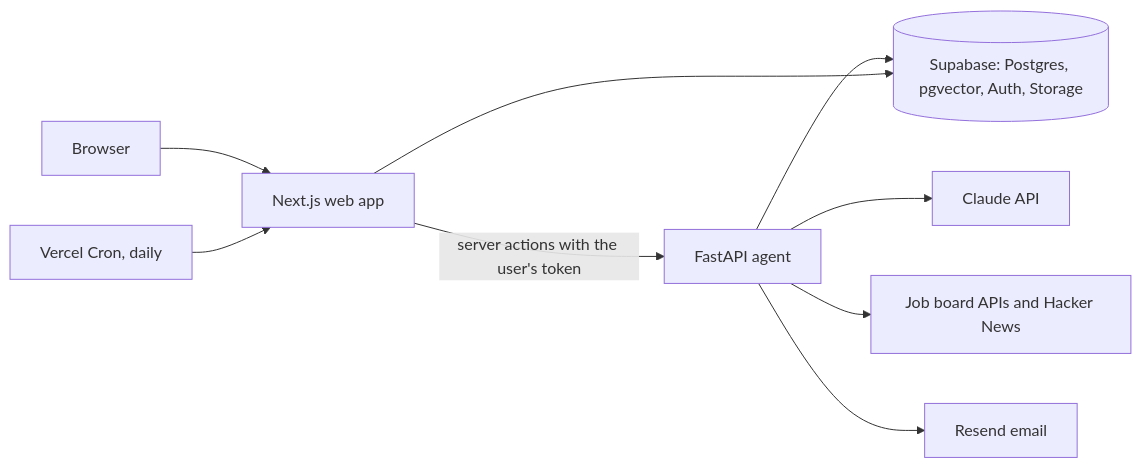
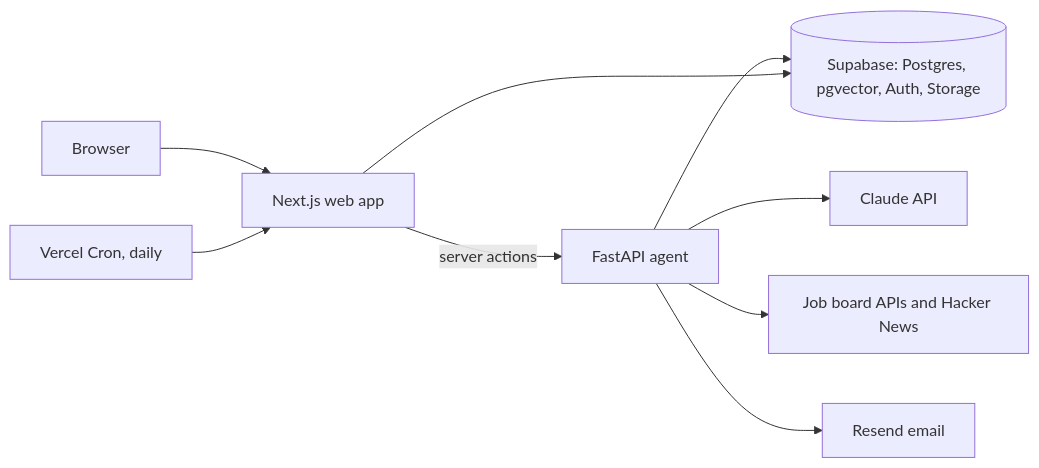
One commit to ernestoreyesdev/job-scout changed the diagram in README.md. Above: the diagram before and after it, drawn with Mermaid. The commit also changed other lines of this file and 1 other file, not shown here.

Commit message:
docs: keep private search details out of eval logs and the readme diagram

````diff
--- a/README.md
+++ b/README.md
@@ -28,11 +28,11 @@
 ```mermaid
 flowchart LR
   browser[Browser] --> web[Next.js web app]
   cron[Vercel Cron, daily] --> web
-  web -- "server actions with the user's token" --> agent[FastAPI agent]
+  web -- "server actions" --> agent[FastAPI agent]
   agent --> db[(Supabase: Postgres, pgvector, Auth, Storage)]
   web --> db
   agent --> claude[Claude API]
   agent --> boards[Job board APIs and Hacker News]
   agent --> resend[Resend email]
 ```
````
